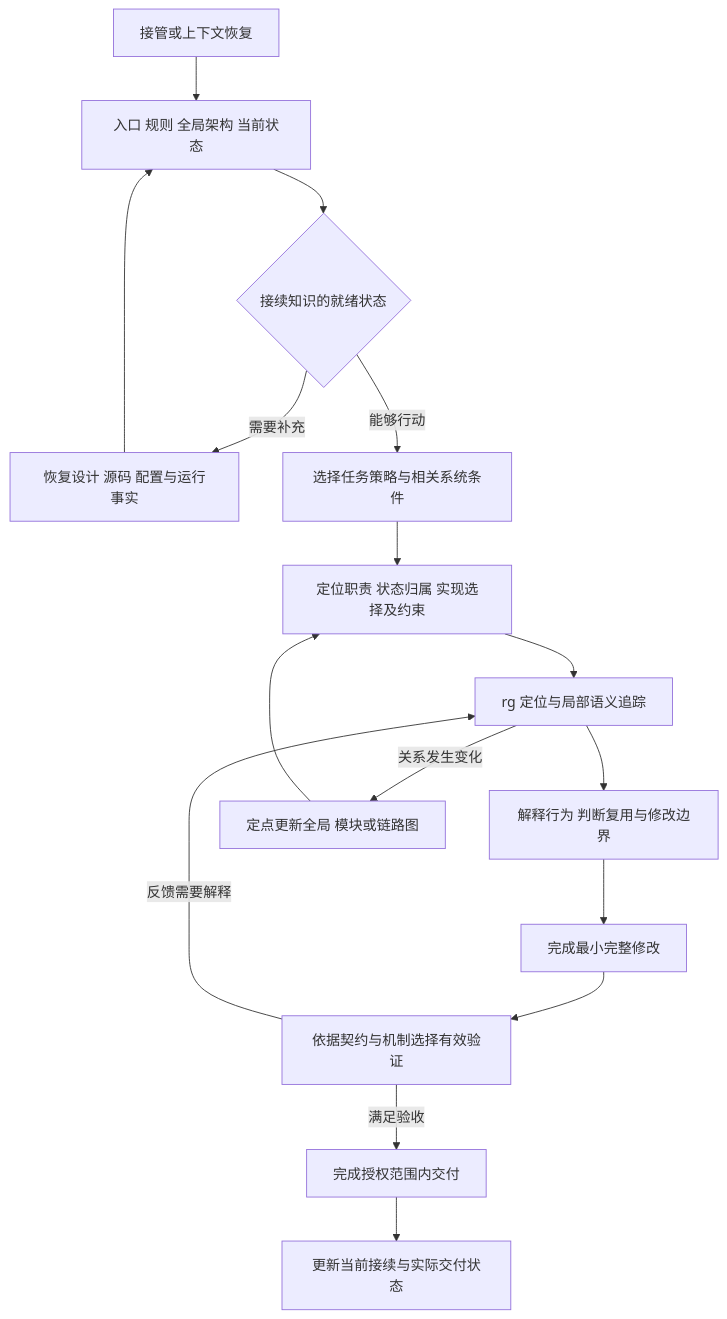
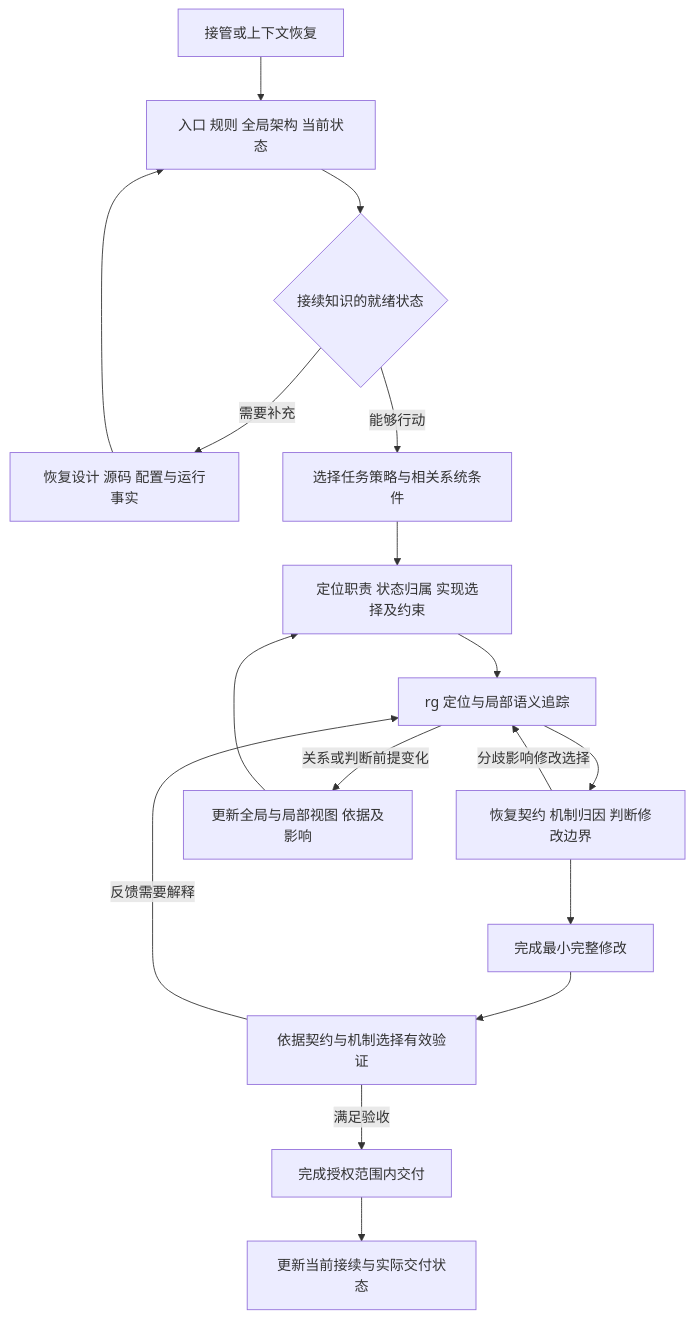
The second of 2 diagrams in README.md (jiale-li-orion/arch-thinking-skill), drawn with Mermaid before and after one commit. The commit also changed other lines of this file and 18 other files, not shown here.

Commit message:
Package architecture thinking as installable Codex skill and plugin

````diff
--- a/README.md
+++ b/README.md
@@ -51,18 +64,19 @@
 ```mermaid
 flowchart TD
     START[接管或上下文恢复] --> READ[入口 规则 全局架构 当前状态]
     READ --> READY{接续知识的就绪状态}
     READY -->|需要补充| INIT[恢复设计 源码 配置与运行事实]
     INIT --> READ
     READY -->|能够行动| TASK[选择任务策略与相关系统条件]
     TASK --> GLOBAL[定位职责 状态归属 实现选择及约束]
     GLOBAL --> LOCAL[rg 定位与局部语义追踪]
-    LOCAL --> IMPACT[解释行为 判断复用与修改边界]
+    LOCAL --> IMPACT[恢复契约 机制归因 判断修改边界]
+    IMPACT -->|分歧影响修改选择| LOCAL
     IMPACT --> CHANGE[完成最小完整修改]
     CHANGE --> VERIFY[依据契约与机制选择有效验证]
     VERIFY -->|反馈需要解释| LOCAL
     VERIFY -->|满足验收| DELIVER[完成授权范围内交付]
-    LOCAL -->|关系发生变化| UPDATE[定点更新全局 模块或链路图]
+    LOCAL -->|关系或判断前提变化| UPDATE[更新全局与局部视图 依据及影响]
     UPDATE --> GLOBAL
     DELIVER --> STATE[更新当前接续与实际交付状态]
 ```
````
